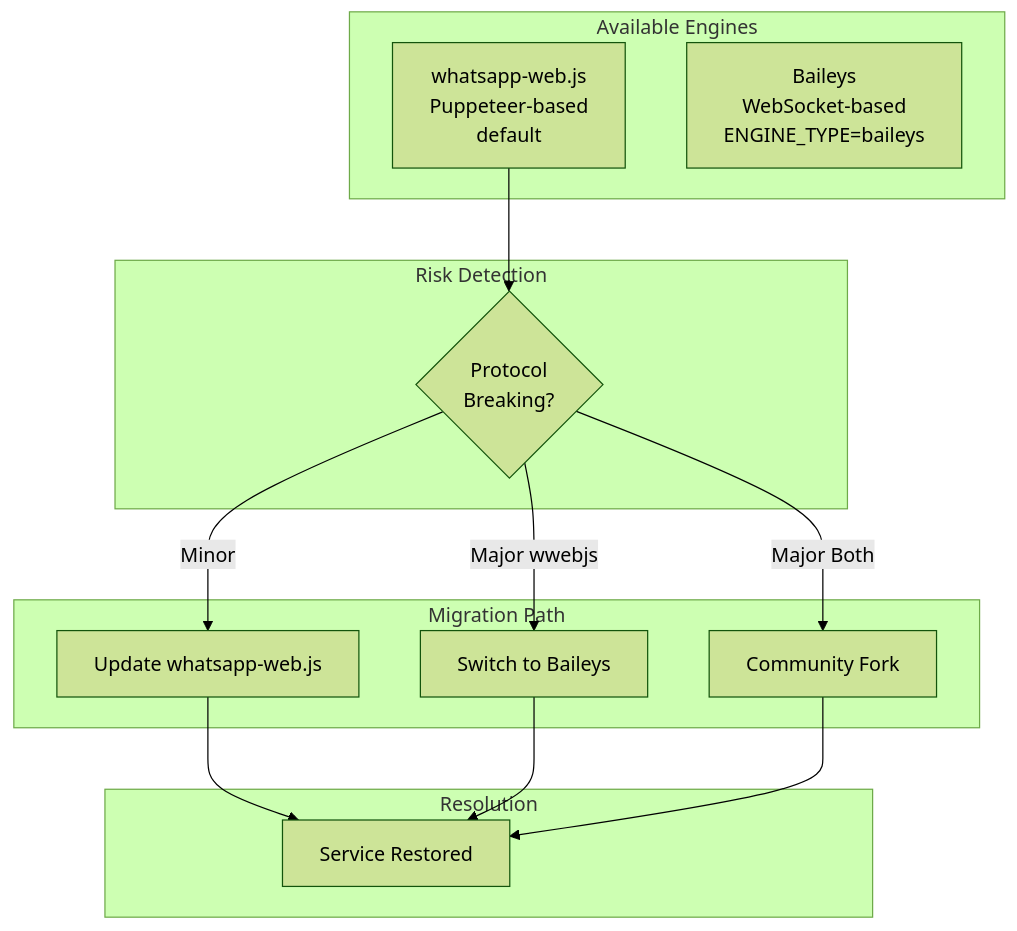
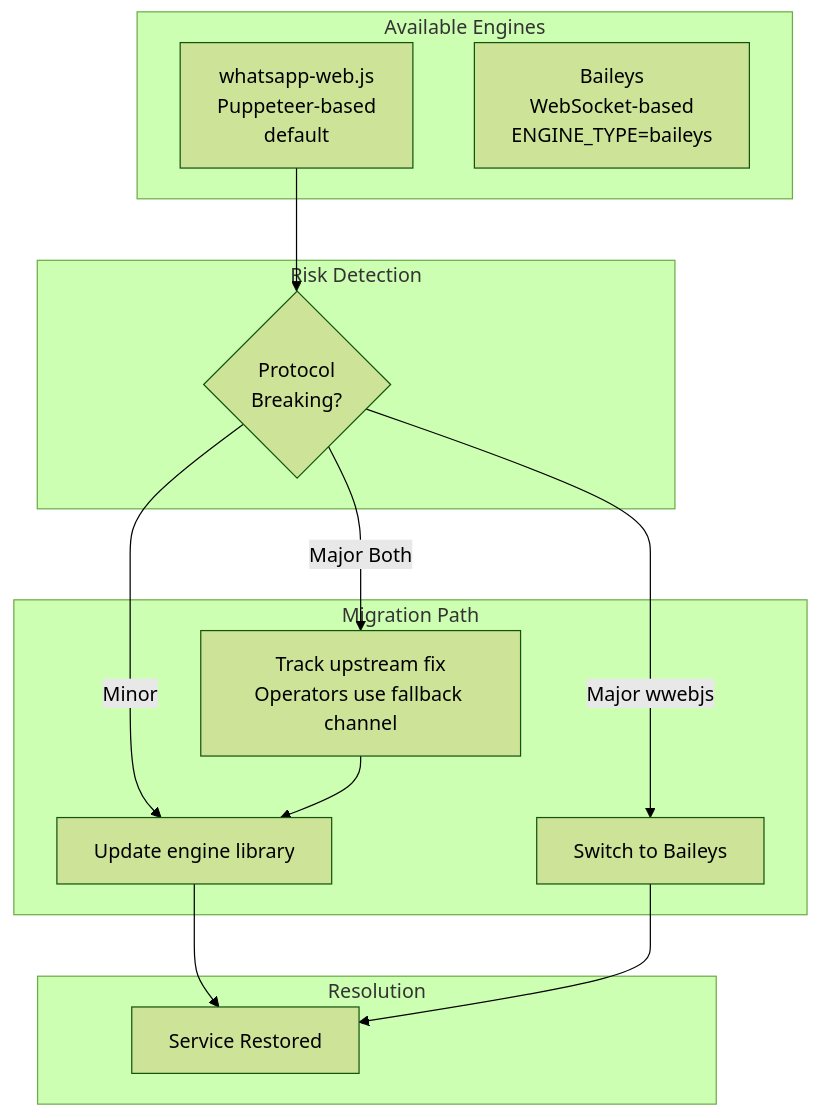
Before and after one commit to AntoineTROOVY/Sherlo: diagram 22 of 24 in docs/03-system-architecture.md, drawn with Mermaid (forest theme). The commit also changed 2 other files, not shown here.

Commit message:
docs: warn that the passkey linking gate blocks both engines
WhatsApp now asks some accounts for a passkey step during companion
linking. Neither engine implements it, so QR and pairing code both
stall at qr_ready. The README never mentioned it, and the risk guide
still offered switching ENGINE_TYPE as the mitigation for a protocol
change, with no contingency path for a break that hits both engines.

Add the gate to the README's known platform behaviour, widen R001 to
cover both engine libraries and say when an engine switch helps, give
Plan A a both-engines branch that keeps linked sessions running, and
stop the architecture migration diagram from routing a both-engines
break through a community fork.

````diff
--- a/docs/03-system-architecture.md
+++ b/docs/03-system-architecture.md
@@ -1179,26 +1179,26 @@
 ```mermaid
 flowchart TB
     subgraph Current["Available Engines"]
         A[whatsapp-web.js\nPuppeteer-based\ndefault]
         A2[Baileys\nWebSocket-based\nENGINE_TYPE=baileys]
     end
 
     subgraph Risk["Risk Detection"]
         B{Protocol\nBreaking?}
     end
 
     subgraph Migration["Migration Path"]
-        C[Update whatsapp-web.js]
+        C[Update engine library]
         D[Switch to Baileys]
-        E[Community Fork]
+        E[Track upstream fix\nOperators use fallback channel]
     end
 
     subgraph Resolution["Resolution"]
         F[Service Restored]
     end
 
     A --> B
     B -->|Minor| C --> F
     B -->|Major wwebjs| D --> F
-    B -->|Major Both| E --> F
+    B -->|Major Both| E --> C
 ```
````
